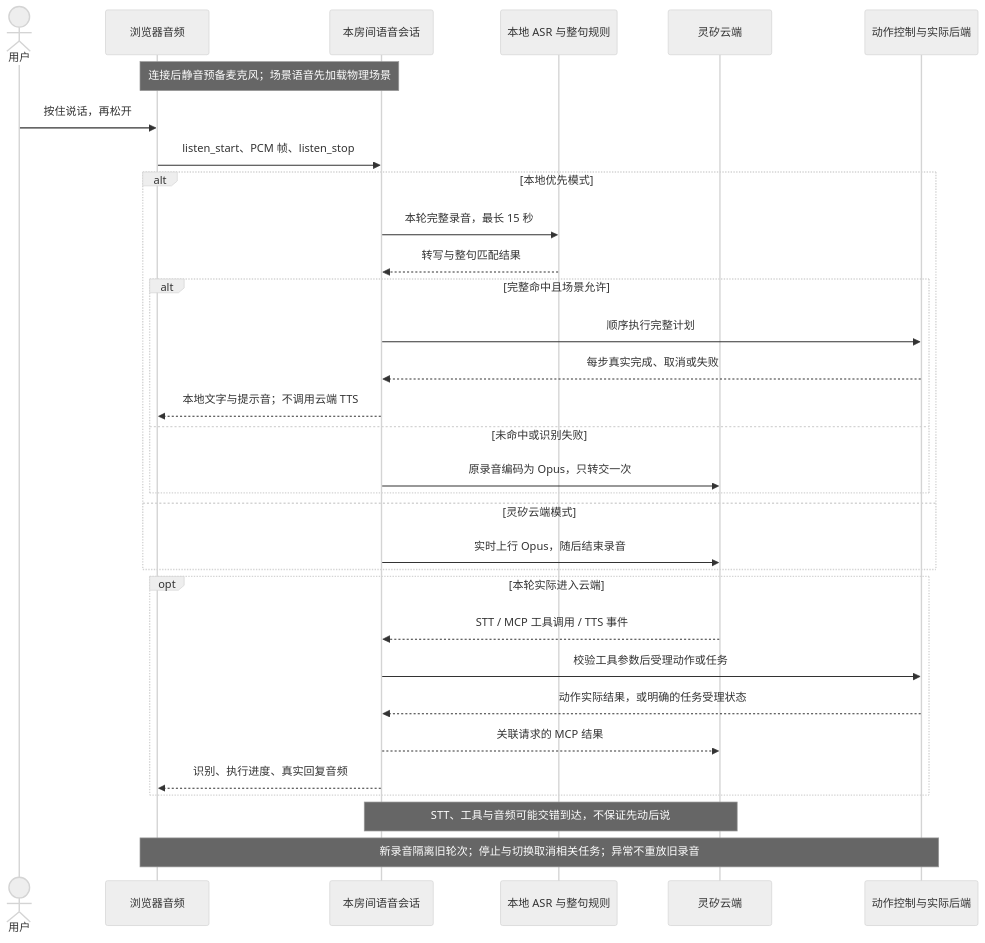
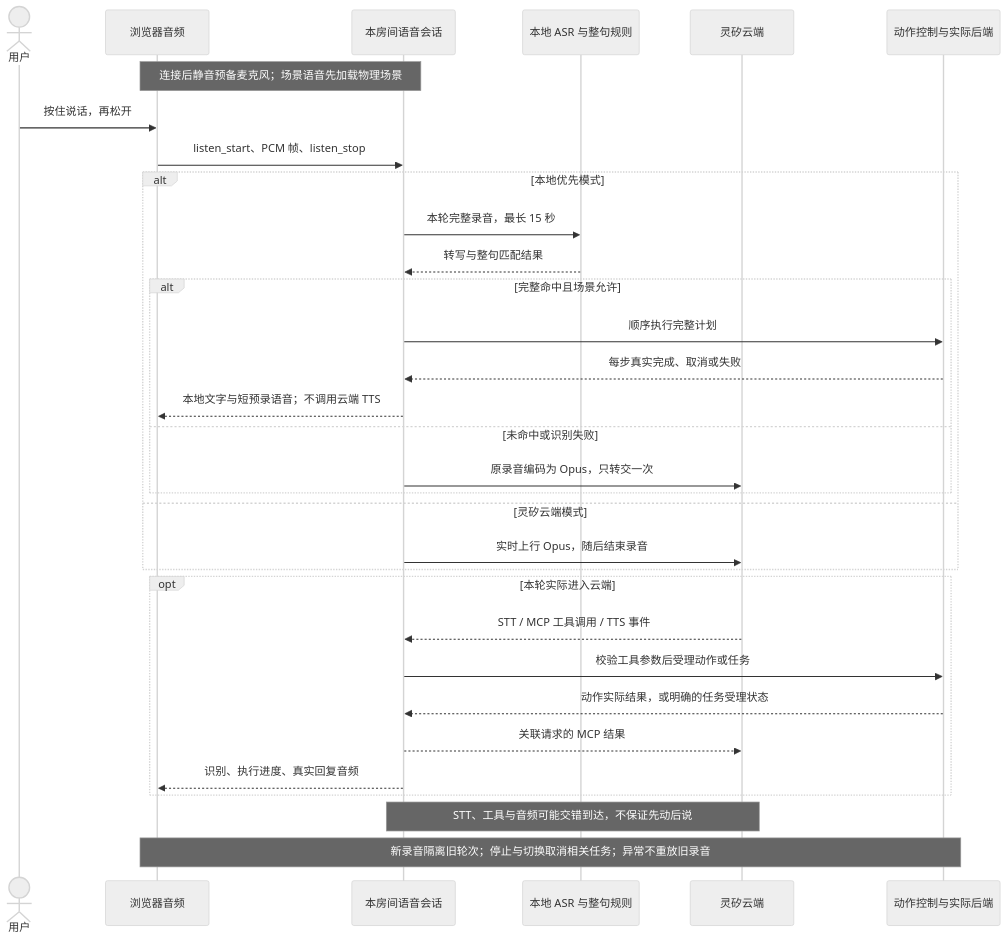
The third of 3 diagrams in docs/ARCHITECTURE.md (zhoutingunl/DuckKing), drawn with Mermaid (neutral theme) before and after one commit. The commit also changed other lines of this file and 20 other files, not shown here.

````diff
--- a/docs/ARCHITECTURE.md
+++ b/docs/ARCHITECTURE.md
@@ -136,34 +136,34 @@
 ```mermaid
 sequenceDiagram
     actor User as 用户
     participant UI as 浏览器音频
     participant Session as 本房间语音会话
     participant ASR as 本地 ASR 与整句规则
     participant Linx as 灵矽云端
     participant Motion as 动作控制与实际后端
     Note over UI,Session: 连接后静音预备麦克风；场景语音先加载物理场景
     User->>UI: 按住说话，再松开
     UI->>Session: listen_start、PCM 帧、listen_stop
     alt 本地优先模式
         Session->>ASR: 本轮完整录音，最长 15 秒
         ASR-->>Session: 转写与整句匹配结果
         alt 完整命中且场景允许
             Session->>Motion: 顺序执行完整计划
             Motion-->>Session: 每步真实完成、取消或失败
-            Session-->>UI: 本地文字与提示音；不调用云端 TTS
+            Session-->>UI: 本地文字与短预录语音；不调用云端 TTS
         else 未命中或识别失败
             Session->>Linx: 原录音编码为 Opus，只转交一次
         end
     else 灵矽云端模式
         Session->>Linx: 实时上行 Opus，随后结束录音
     end
     opt 本轮实际进入云端
         Linx-->>Session: STT / MCP 工具调用 / TTS 事件
         Session->>Motion: 校验工具参数后受理动作或任务
         Motion-->>Session: 动作实际结果，或明确的任务受理状态
         Session-->>Linx: 关联请求的 MCP 结果
         Session-->>UI: 识别、执行进度、真实回复音频
     end
     Note over Session,Linx: STT、工具与音频可能交错到达，不保证先动后说
     Note over UI,Motion: 新录音隔离旧轮次；停止与切换取消相关任务；异常不重放旧录音
 ```
````
